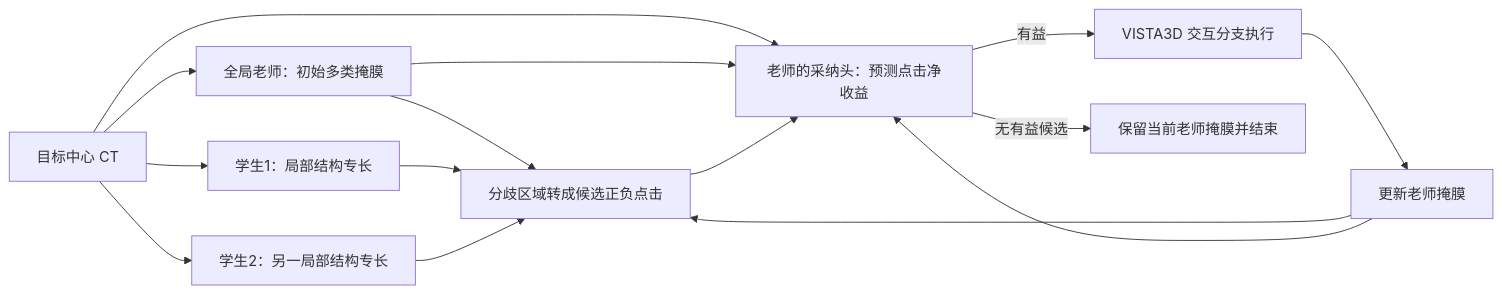
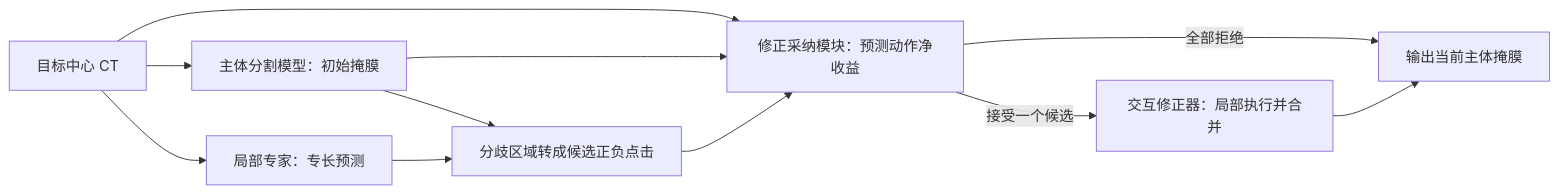
Before and after one commit to tianwuasd/project: the diagram in vista3d_local_expert_refinement/docs/research_framework.md, drawn with Mermaid. The commit also changed other lines of this file and 72 other files, not shown here.

````diff
--- a/vista3d_local_expert_refinement/docs/research_framework.md
+++ b/vista3d_local_expert_refinement/docs/research_framework.md
@@ -70,17 +80,13 @@
 ```mermaid
 flowchart LR
-    X[目标中心 CT] --> T[全局老师：初始多类掩膜]
-    X --> S1[学生1：局部结构专长]
-    X --> S2[学生2：另一局部结构专长]
-    T --> P[分歧区域转成候选正负点击]
-    S1 --> P
-    S2 --> P
-    X --> G[老师的采纳头：预测点击净收益]
-    T --> G
-    P --> G
-    G -->|有益| E[VISTA3D 交互分支执行]
-    G -->|无有益候选| O[保留当前老师掩膜并结束]
-    E --> M[更新老师掩膜]
-    M --> P
-    M --> G
+    X[目标中心 CT] --> B[主体分割模型：初始掩膜]
+    X --> L[局部专家：专长预测]
+    B --> C[分歧区域转成候选正负点击]
+    L --> C
+    X --> G[修正采纳模块：预测动作净收益]
+    B --> G
+    C --> G
+    G -->|接受一个候选| E[交互修正器：局部执行并合并]
+    G -->|全部拒绝| O[输出当前主体掩膜]
+    E --> O
 ```
````
